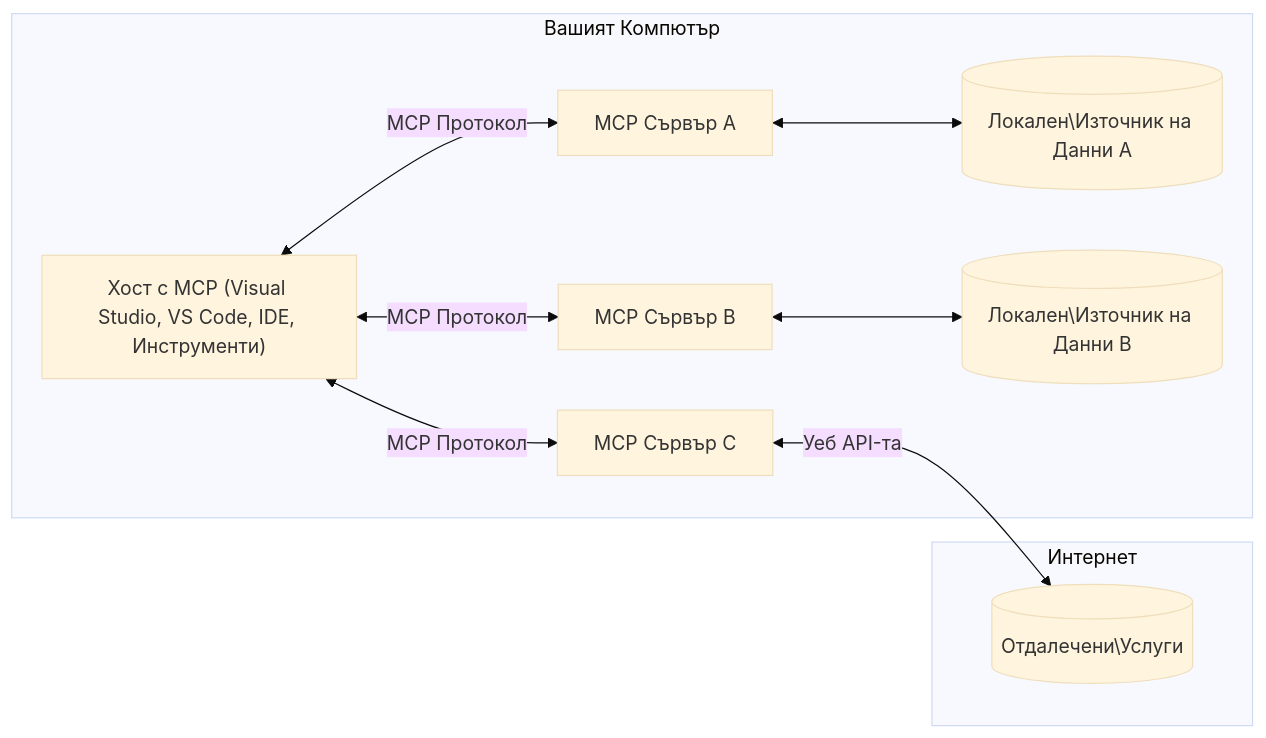
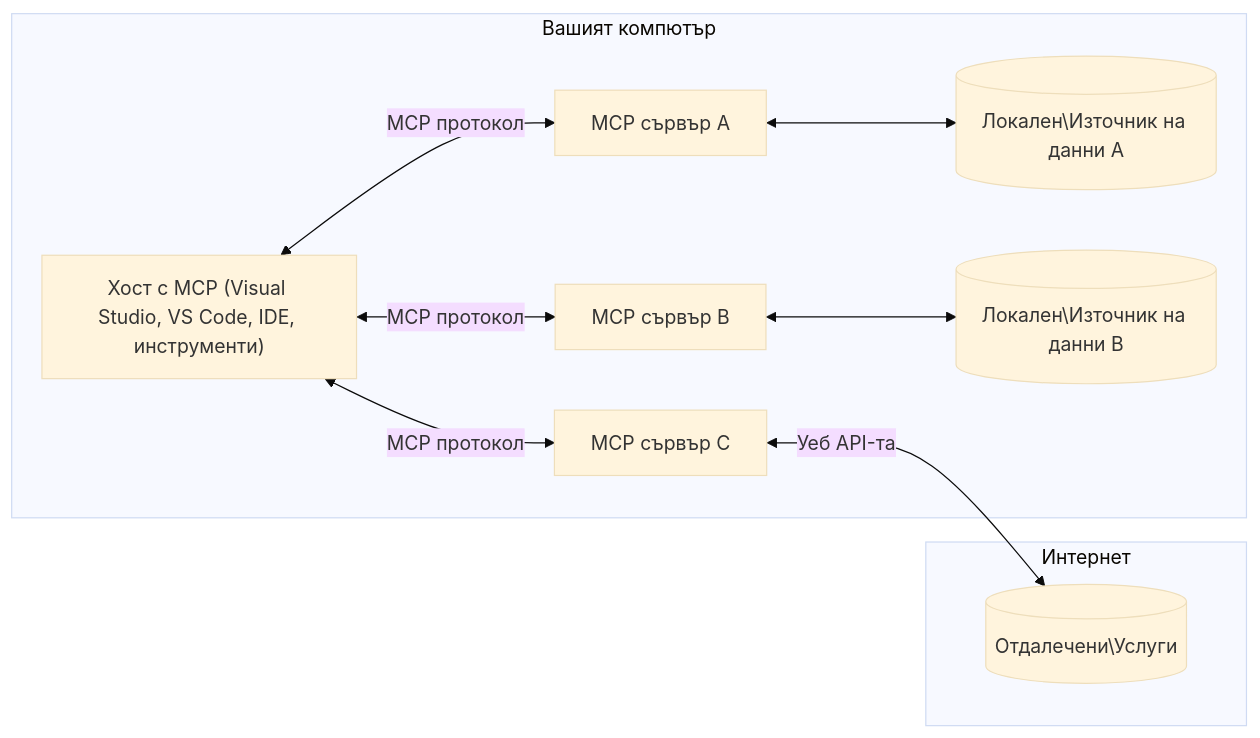
Before and after one commit to HIDORAKAI002/ai-workspace-archive: the diagram in mcp_ecosystem__model_context_protocol/mcp_learning_resources/mcp-for-beginners/translations/bg/01-CoreConcepts/README.md, drawn with Mermaid (base theme). The commit also changed other lines of this file and 1046 other files, not shown here.

````diff
--- a/mcp_ecosystem__model_context_protocol/mcp_learning_resources/mcp-for-beginners/translations/bg/01-CoreConcepts/README.md
+++ b/mcp_ecosystem__model_context_protocol/mcp_learning_resources/mcp-for-beginners/translations/bg/01-CoreConcepts/README.md
@@ -45,17 +45,17 @@
 ```mermaid
 flowchart LR
-    subgraph "Вашият Компютър"
-        Host["Хост с MCP (Visual Studio, VS Code, IDE, Инструменти)"]
-        S1["MCP Сървър A"]
-        S2["MCP Сървър B"]
-        S3["MCP Сървър C"]
-        Host <-->|"MCP Протокол"| S1
-        Host <-->|"MCP Протокол"| S2
-        Host <-->|"MCP Протокол"| S3
-        S1 <--> D1[("Локален\Източник на Данни A")]
-        S2 <--> D2[("Локален\Източник на Данни B")]
+    subgraph "Вашият компютър"
+        Host["Хост с MCP (Visual Studio, VS Code, IDE, инструменти)"]
+        S1["MCP сървър A"]
+        S2["MCP сървър B"]
+        S3["MCP сървър C"]
+        Host <-->|"MCP протокол"| S1
+        Host <-->|"MCP протокол"| S2
+        Host <-->|"MCP протокол"| S3
+        S1 <--> D1[("Локален\Източник на данни A")]
+        S2 <--> D2[("Локален\Източник на данни B")]
     end
     subgraph "Интернет"
         S3 <-->|"Уеб API-та"| D3[("Отдалечени\Услуги")]
     end
 ```
````
